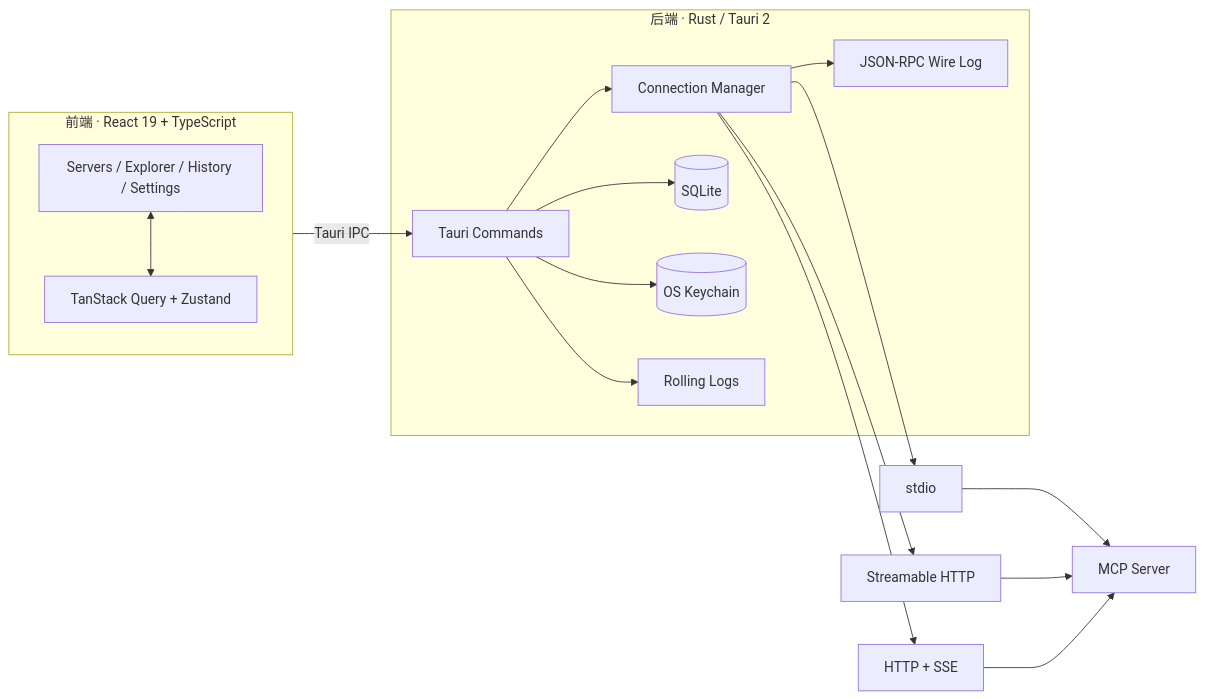
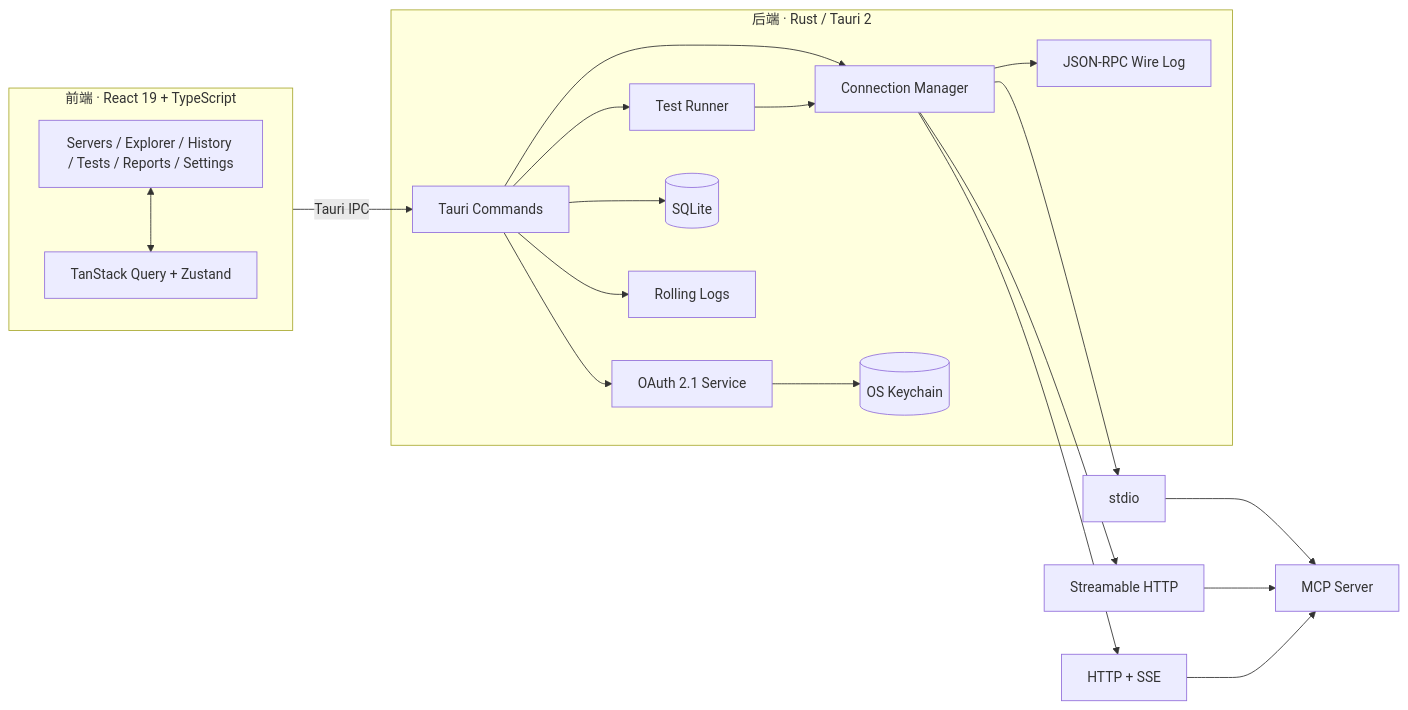
The diagram in README.md (alex2026a/MCPTester), drawn with Mermaid before and after one commit. The commit also changed other lines of this file and 103 other files, not shown here.

````diff
--- a/README.md
+++ b/README.md
@@ -266,31 +323,36 @@
 ```mermaid
 flowchart LR
     subgraph FE["前端 · React 19 + TypeScript"]
-        UI["Servers / Explorer / History / Settings"]
+        UI["Servers / Explorer / History / Tests / Reports / Settings"]
         STATE["TanStack Query + Zustand"]
         UI <--> STATE
     end
 
     subgraph BE["后端 · Rust / Tauri 2"]
         CMD["Tauri Commands"]
         MGR["Connection Manager"]
+        OAUTH["OAuth 2.1 Service"]
+        TEST["Test Runner"]
         WIRE["JSON-RPC Wire Log"]
         DB[("SQLite")]
         KEY[("OS Keychain")]
         LOG["Rolling Logs"]
     end
 
     FE -->|Tauri IPC| CMD
     CMD --> MGR
+    CMD --> OAUTH
+    CMD --> TEST
     MGR --> WIRE
+    TEST --> MGR
+    OAUTH --> KEY
     CMD --> DB
-    CMD --> KEY
     CMD --> LOG
 
     MGR --> STDIO["stdio"]
     MGR --> HTTP["Streamable HTTP"]
     MGR --> SSE["HTTP + SSE"]
     STDIO --> SERVER["MCP Server"]
     HTTP --> SERVER
     SSE --> SERVER
 ```
````
